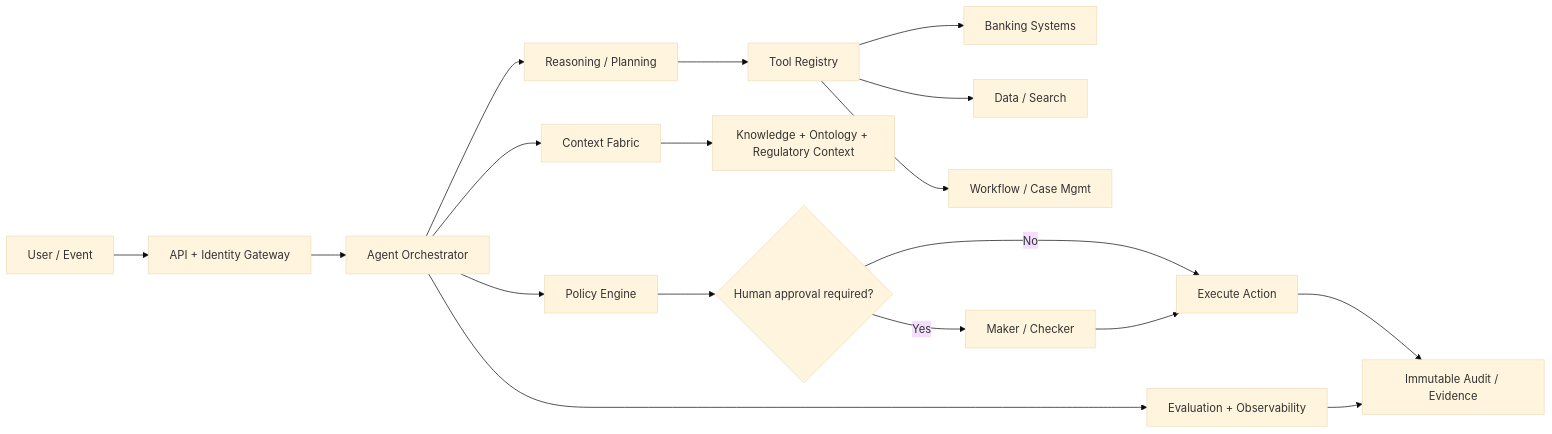
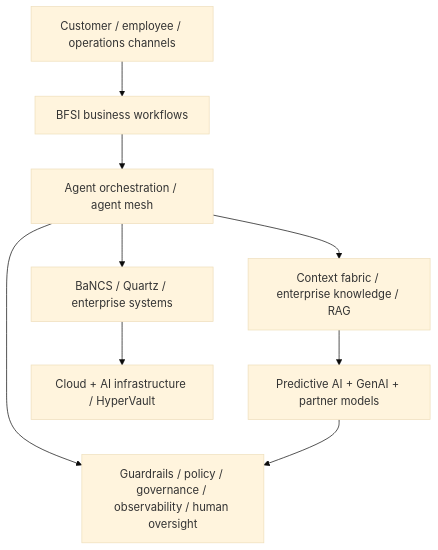
Before and after one commit to Akilankm/second-brain: the diagram in ai/agentic-ai-bfsi-architecture.md, drawn with Mermaid (base theme). The commit also changed other lines of this file and 26 other files, not shown here.

First line of the commit message:
Revamp as public TCS AI + BFSI intelligence graph

````diff
--- a/ai/agentic-ai-bfsi-architecture.md
+++ b/ai/agentic-ai-bfsi-architecture.md
@@ -11,20 +106,20 @@
 ```mermaid
-flowchart LR
-    U[User / Event] --> G[API + Identity Gateway]
-    G --> O[Agent Orchestrator]
-    O --> C[Context Fabric]
-    O --> P[Policy Engine]
-    O --> R[Reasoning / Planning]
-    R --> T[Tool Registry]
-    T --> S1[Banking Systems]
-    T --> S2[Data / Search]
-    T --> S3[Workflow / Case Mgmt]
-    C --> K[Knowledge + Ontology + Regulatory Context]
-    P --> H{Human approval required?}
-    H -->|Yes| M[Maker / Checker]
-    H -->|No| A[Execute Action]
-    M --> A
-    O --> E[Evaluation + Observability]
-    A --> L[Immutable Audit / Evidence]
-    E --> L
+flowchart TB
+    Channels[Customer / employee / operations channels]
+    Workflows[BFSI business workflows]
+    Agents[Agent orchestration / agent mesh]
+    Context[Context fabric / enterprise knowledge / RAG]
+    Models[Predictive AI + GenAI + partner models]
+    Controls[Guardrails / policy / governance / observability / human oversight]
+    Platforms[BaNCS / Quartz / enterprise systems]
+    Cloud[Cloud + AI infrastructure / HyperVault]
+
+    Channels --> Workflows
+    Workflows --> Agents
+    Agents --> Context
+    Context --> Models
+    Agents --> Controls
+    Models --> Controls
+    Agents --> Platforms
+    Platforms --> Cloud
 ```
````
